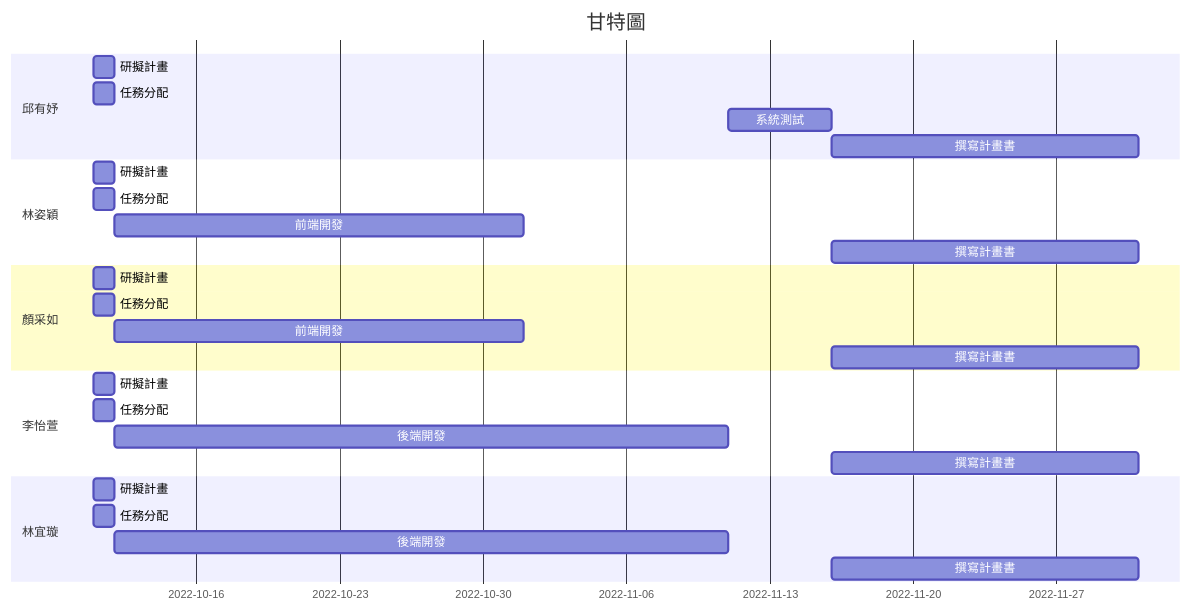
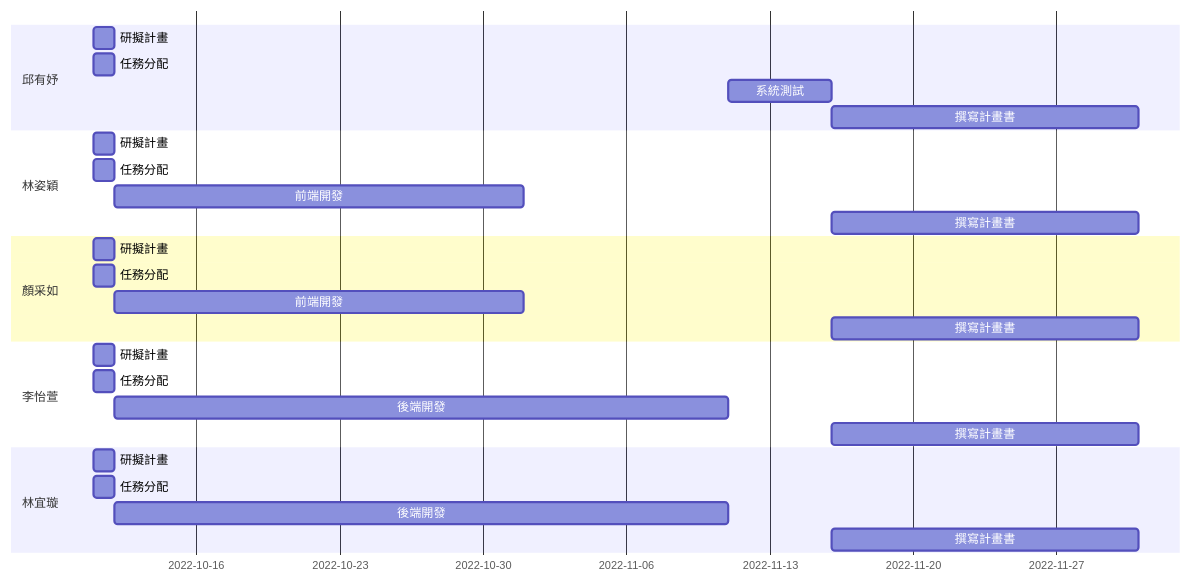
Before and after one commit to Hsxxnil/SystemAnalysis-group15: the diagram in README.md, drawn with Mermaid. The commit also changed other lines of this file, not shown here.

````diff
--- a/README.md
+++ b/README.md
@@ -27,33 +27,32 @@
 ```mermaid
 gantt
-    title 甘特圖
     section 邱有妤
     研擬計畫:a1, 2022-10-11, 1d
     任務分配:a2,2022-10-11, 1d
     系統測試:a5,after a4, 5d
     撰寫計畫書:a6,after a5, 15d
     
     section 林姿穎
     研擬計畫:a1, 2022-10-11, 1d
     任務分配:a2,2022-10-11, 1d
     前端開發:a3,after a2,20d
     撰寫計畫書:a6,after a5, 15d
     
     section 顏采如
     研擬計畫:a1, 2022-10-11, 1d
     任務分配:a2,2022-10-11, 1d
     前端開發:a3,after a2,20d
     撰寫計畫書:a6,after a5, 15d
     
     section 李怡萱
     研擬計畫:a1, 2022-10-11, 1d
     任務分配:a2,2022-10-11, 1d
     後端開發:a4,after a2, 30d
     撰寫計畫書:a6,after a5, 15d
     
     section 林宜璇
     研擬計畫:a1, 2022-10-11, 1d
     任務分配:a2,2022-10-11, 1d
     後端開發:a4,after a2, 30d
     撰寫計畫書:a6,after a5, 15d
 ```
````
